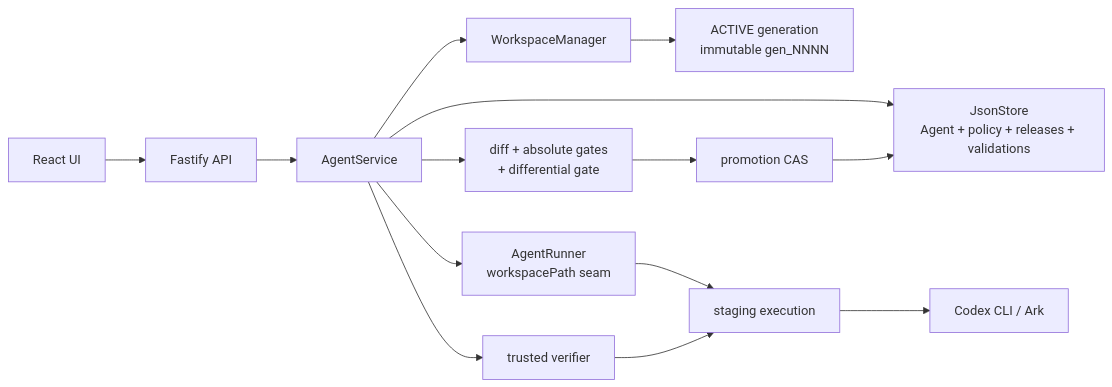
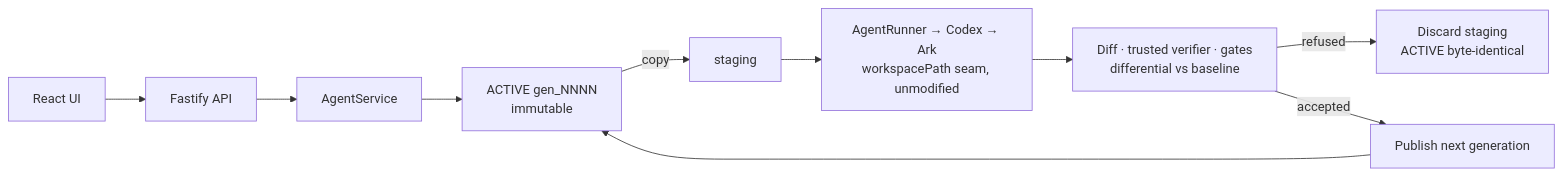
Before and after one commit to AarneshKhaitan/stateguard-tiktok-techjam-2026: the diagram in README.md, drawn with Mermaid. The commit also changed other lines of this file and 8 other files, not shown here.

First line of the commit message:
Add rendered architecture diagrams and repair the mermaid sources

````diff
--- a/README.md
+++ b/README.md
@@ -230,14 +232,11 @@
 ```mermaid
 flowchart LR
     UI["React UI"] --> API["Fastify API"] --> S["AgentService"]
-    S --> Store["JsonStore\nAgent + policy + releases + validations"]
-    S --> W["WorkspaceManager"]
-    W --> G["ACTIVE generation\nimmutable gen_NNNN"]
-    S --> R["AgentRunner\nworkspacePath seam"]
-    R --> C["staging execution"] --> A["Codex CLI / Ark"]
-    S --> V["trusted verifier"]
-    V --> C
-    S --> D["diff + absolute gates\n+ differential gate"]
-    D --> P["promotion CAS"]
-    P --> Store
+    S --> Gen["ACTIVE gen_NNNN<br/>immutable"]
+    Gen -->|copy| ST["staging"]
+    ST --> Codex["AgentRunner → Codex → Ark<br/>workspacePath seam, unmodified"]
+    Codex --> Judge["Diff · trusted verifier · gates<br/>differential vs baseline"]
+    Judge -->|"refused"| Drop["Discard staging<br/>ACTIVE byte-identical"]
+    Judge -->|"accepted"| Pub["Publish next generation"]
+    Pub --> Gen
 ```
````
